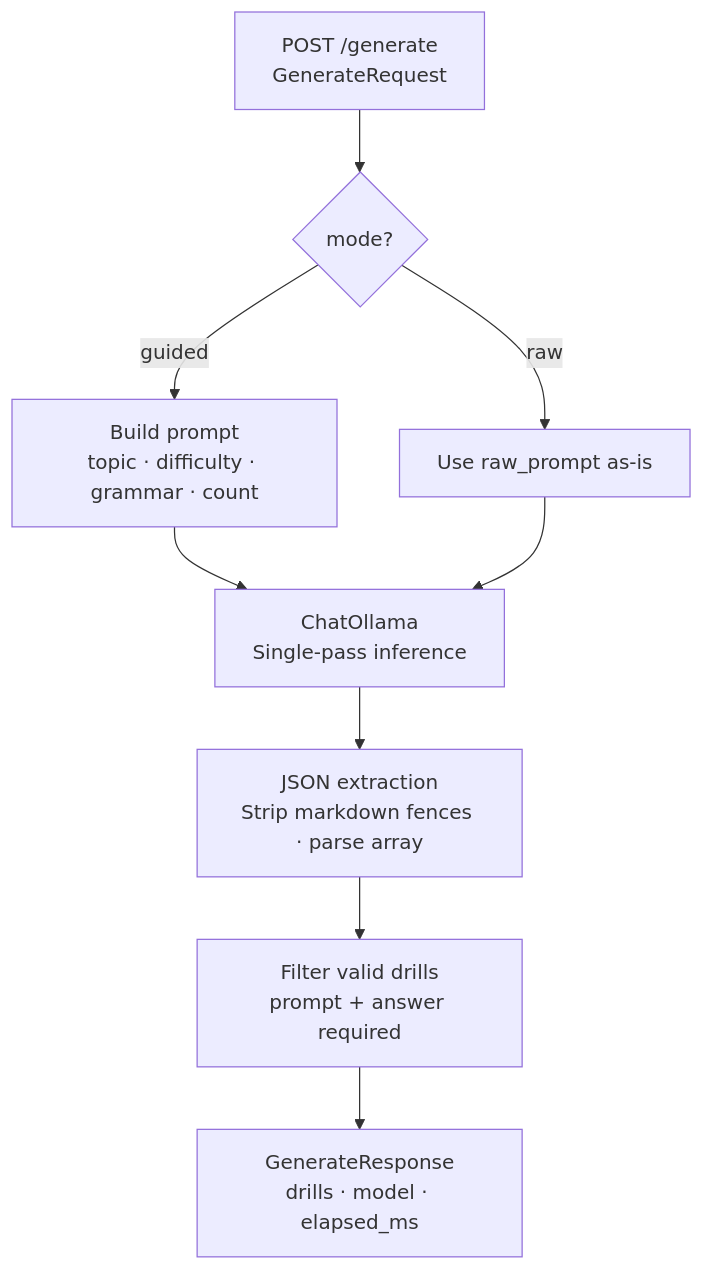
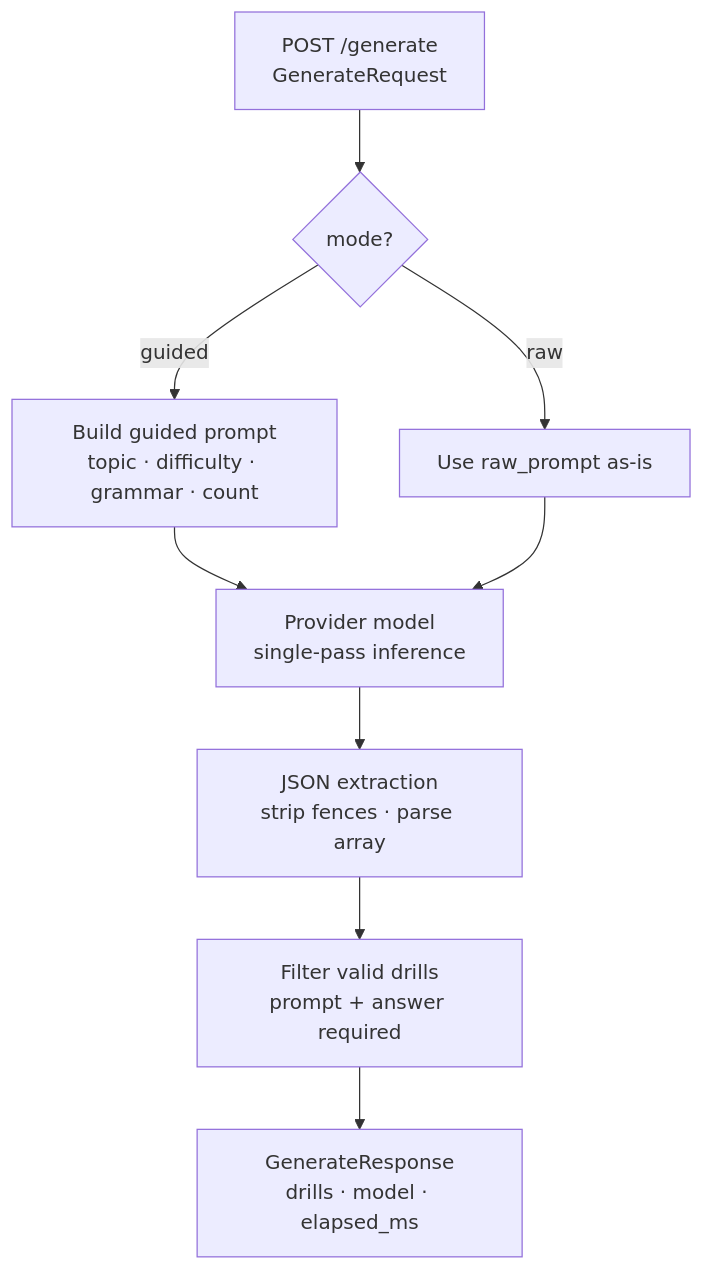
One commit to JefferyLiu6/fsi-2026 changed the second of 4 diagrams in README.md. Above: the diagram before and after it, drawn with Mermaid. The commit also changed other lines of this file and 49 other files, not shown here.

````diff
--- a/README.md
+++ b/README.md
@@ -146,11 +217,11 @@
 ```mermaid
 flowchart TD
   REQ[POST /generate\nGenerateRequest] --> MODE{mode?}
-  MODE -->|guided| BUILD[Build prompt\ntopic · difficulty · grammar · count]
+  MODE -->|guided| BUILD[Build guided prompt\ntopic · difficulty · grammar · count]
   MODE -->|raw| RAW[Use raw_prompt as-is]
-  BUILD --> LLM[ChatOllama\nSingle-pass inference]
+  BUILD --> LLM[Provider model\nsingle-pass inference]
   RAW   --> LLM
-  LLM   --> EXTRACT[JSON extraction\nStrip markdown fences · parse array]
+  LLM   --> EXTRACT[JSON extraction\nstrip fences · parse array]
   EXTRACT --> FILTER[Filter valid drills\nprompt + answer required]
   FILTER --> RES[GenerateResponse\ndrills · model · elapsed_ms]
 ```
````
